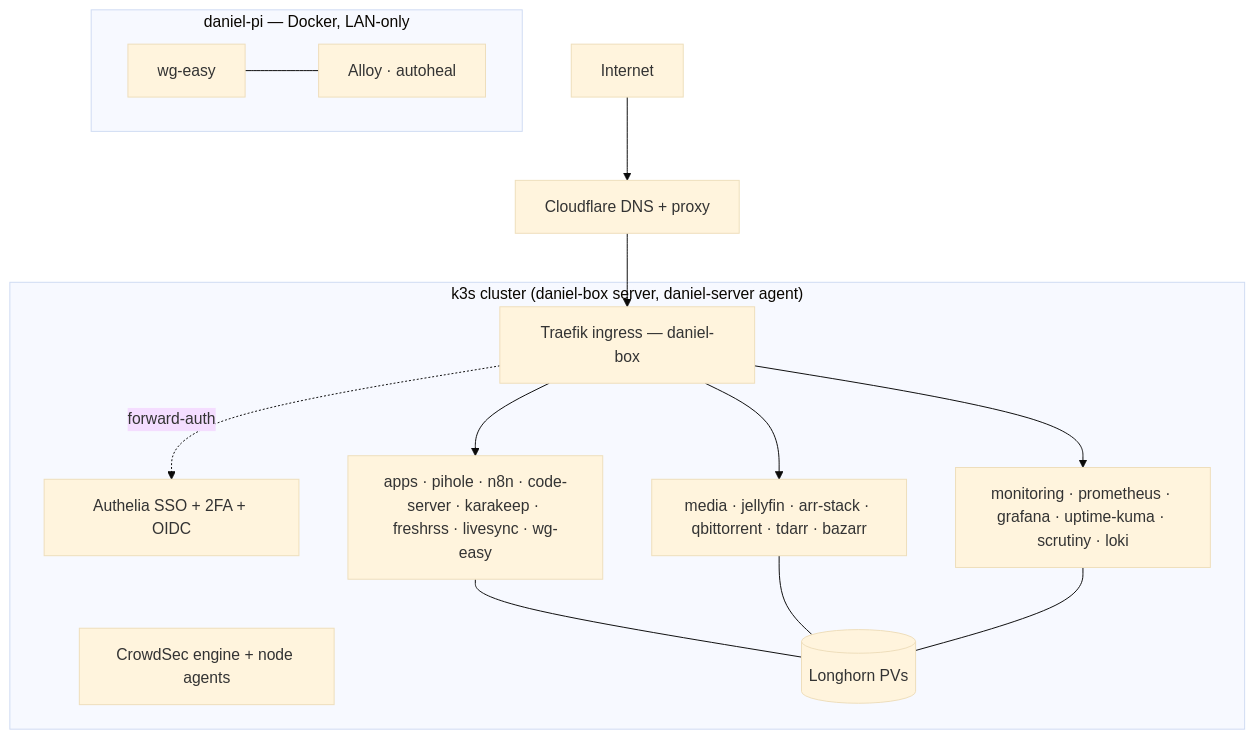
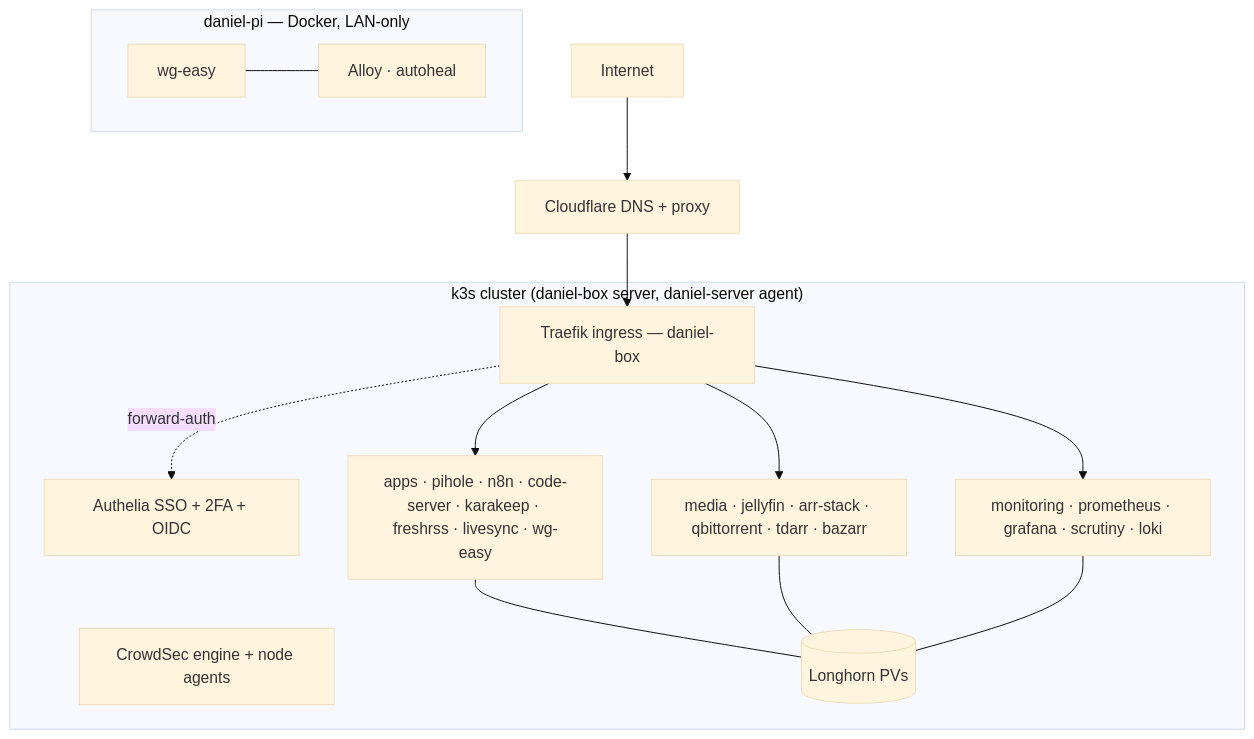
The diagram in README.md (DanielH2018/server), drawn with Mermaid (base theme) before and after one commit. The commit also changed other lines of this file and 40 other files, not shown here.

First line of the commit message:
Delete the Uptime Kuma role and its containers_list entry

````diff
--- a/README.md
+++ b/README.md
@@ -63,27 +63,27 @@
 ```mermaid
 flowchart TD
     net[Internet] --> cf[Cloudflare DNS + proxy]
     cf --> traefik[Traefik ingress — daniel-box]
     traefik -. forward-auth .-> authelia[Authelia SSO + 2FA + OIDC]
 
     subgraph cluster["k3s cluster (daniel-box server, daniel-server agent)"]
       traefik
       authelia
       crowdsec[CrowdSec engine + node agents]
       apps["apps · pihole · n8n · code-server · karakeep · freshrss · livesync · wg-easy"]
       media["media · jellyfin · arr-stack · qbittorrent · tdarr · bazarr"]
-      monitoring["monitoring · prometheus · grafana · uptime-kuma · scrutiny · loki"]
+      monitoring["monitoring · prometheus · grafana · scrutiny · loki"]
       longhorn[(Longhorn PVs)]
     end
 
     traefik --> apps
     traefik --> media
     traefik --> monitoring
     apps --- longhorn
     media --- longhorn
     monitoring --- longhorn
 
     subgraph pi["daniel-pi — Docker, LAN-only"]
       wg[wg-easy] --- alloy[Alloy · autoheal]
     end
 ```
````
